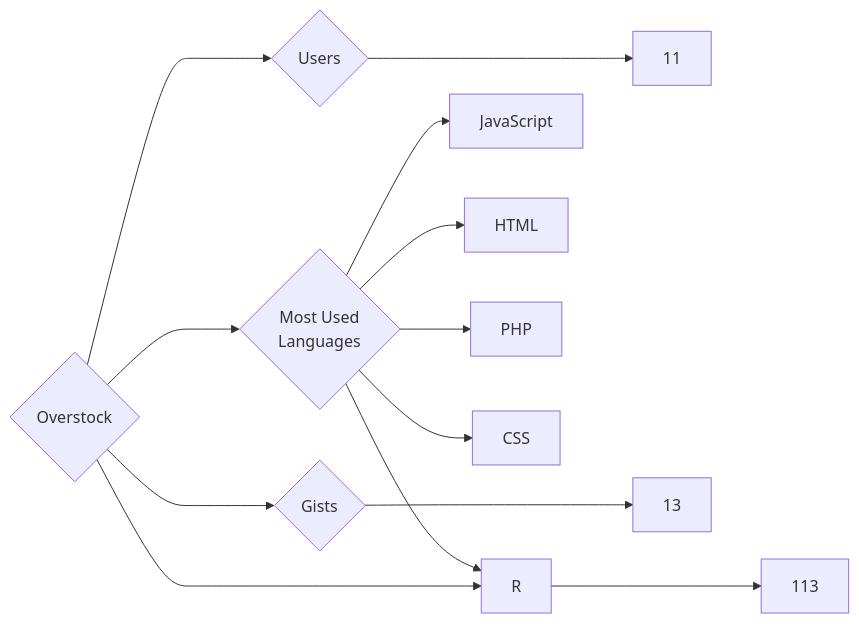
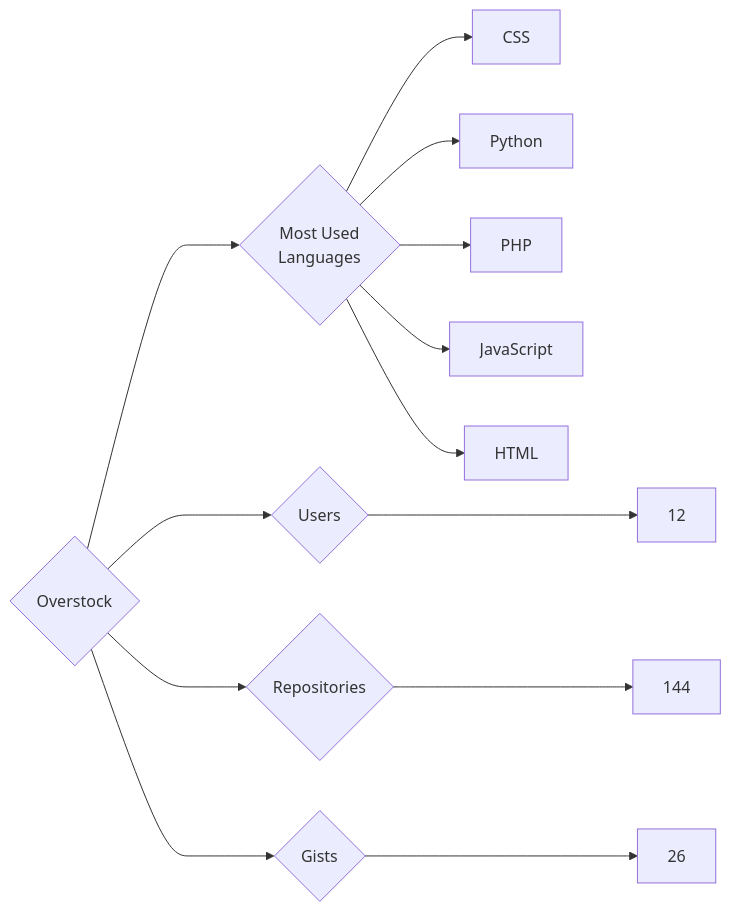
Before and after one commit to trickest/insiders: the diagram in targets/Overstock/README.md, drawn with Mermaid. The commit also changed 972 other files, not shown here.

````diff
--- a/targets/Overstock/README.md
+++ b/targets/Overstock/README.md
@@ -3,13 +3,13 @@
 ```mermaid
 graph LR
 COMPANY_NAME{Overstock}
-COMPANY_NAME ---> U{Users} ---> UN[11]
-COMPANY_NAME ---> R{Repositories} ---> RN[113]
-COMPANY_NAME ---> G{Gists} ---> GN[13]
+COMPANY_NAME ---> U{Users} ---> UN[12]
+COMPANY_NAME ---> R{Repositories} ---> RN[144]
+COMPANY_NAME ---> G{Gists} ---> GN[26]
 COMPANY_NAME ---> ML{Most Used<br>Languages}
+ML --> CSS[CSS]
+ML --> Python[Python]
+ML --> PHP[PHP]
 ML --> JavaScript[JavaScript]
 ML --> HTML[HTML]
-ML --> PHP[PHP]
-ML --> CSS[CSS]
-ML --> R[R]
 ```
````
